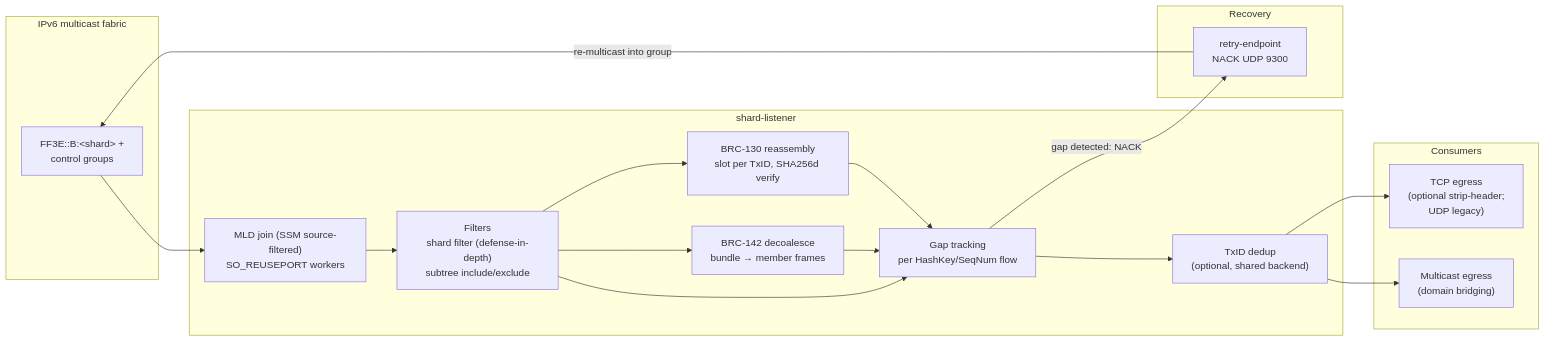
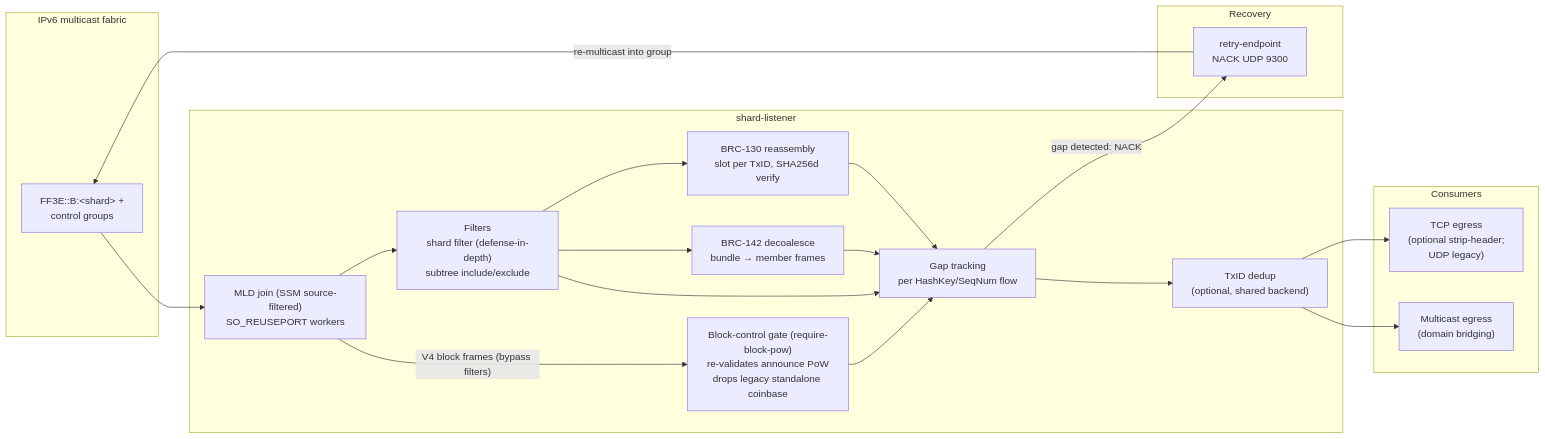
Before and after one commit to lightwebinc/bsv-multicast: the second of 3 diagrams in diagrams/README.md, drawn with Mermaid. The commit also changed other lines of this file and 6 other files, not shown here.

Commit message:
[Fix] doc audit: coinbase gap flow, shardBits=0, chart tables, icon

````diff
--- a/diagrams/README.md
+++ b/diagrams/README.md
@@ -62,37 +62,40 @@
 ```mermaid
 flowchart LR
     subgraph fabric["IPv6 multicast fabric"]
         GRP["FF3E::B:&lt;shard&gt; +<br/>control groups"]
     end
 
     subgraph listener["shard-listener"]
         JOIN["MLD join (SSM source-filtered)<br/>SO_REUSEPORT workers"]
         FILT["Filters<br/>shard filter (defense-in-depth)<br/>subtree include/exclude"]
+        BGATE["Block-control gate (require-block-pow)<br/>re-validates announce PoW<br/>drops legacy standalone coinbase"]
         REASM["BRC-130 reassembly<br/>slot per TxID, SHA256d verify"]
         DECO["BRC-142 decoalesce<br/>bundle → member frames"]
         GAP["Gap tracking<br/>per HashKey/SeqNum flow"]
         DEDUP["TxID dedup<br/>(optional, shared backend)"]
     end
 
     subgraph recovery["Recovery"]
         RETRY["retry-endpoint<br/>NACK UDP 9300"]
     end
 
     subgraph consumers["Consumers"]
         TCPOUT["TCP egress<br/>(optional strip-header;<br/>UDP legacy)"]
         MCOUT["Multicast egress<br/>(domain bridging)"]
     end
 
     GRP --> JOIN
     JOIN --> FILT
     FILT --> REASM
     FILT --> DECO
     REASM --> GAP
     DECO --> GAP
     FILT --> GAP
+    JOIN -->|"V4 block frames (bypass filters)"| BGATE
+    BGATE --> GAP
     GAP -->|"gap detected: NACK"| RETRY
     RETRY -->|"re-multicast into group"| GRP
     GAP --> DEDUP
     DEDUP --> TCPOUT
     DEDUP --> MCOUT
 ```
````
